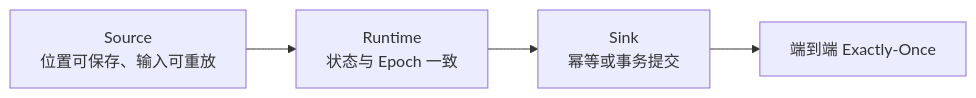
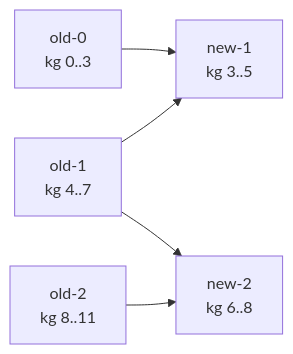
One commit to nzw921rx/nzw921rx-blog changed the fifth of 5 diagrams in content/posts/flink-state-management-consistent-snapshots.md. Above: the diagram before and after it, drawn with Mermaid. The commit also changed other lines of this file, not shown here.

````diff
--- a/content/posts/flink-state-management-consistent-snapshots.md
+++ b/content/posts/flink-state-management-consistent-snapshots.md
@@ -795,6 +495,7 @@
 ```mermaid
 flowchart LR
-    S[Source<br/>位置可保存、输入可重放] --> O[Runtime<br/>状态与 Epoch 一致]
-    O --> K[Sink<br/>幂等或事务提交]
-    K --> E[端到端 Exactly-Once]
+    O0[old-0<br/>kg 0..3] --> N1[new-1<br/>kg 3..5]
+    O1[old-1<br/>kg 4..7] --> N1
+    O1 --> N2[new-2<br/>kg 6..8]
+    O2[old-2<br/>kg 8..11] --> N2
 ```
````
